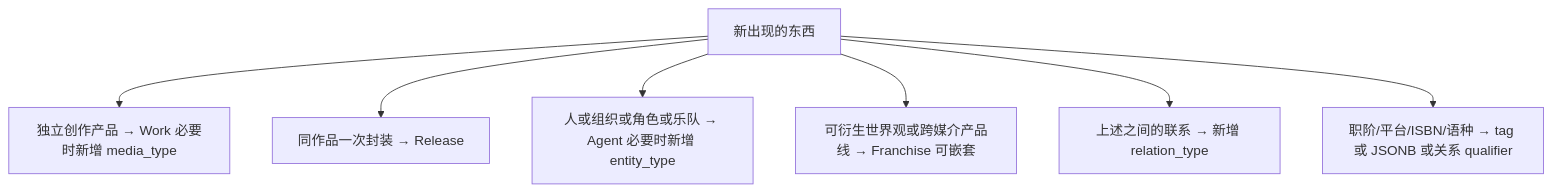
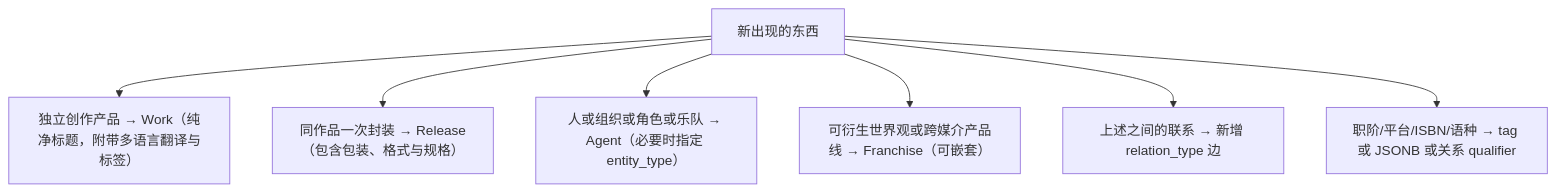
Before and after one commit to MoeclubM/MetaFusion: the diagram in docs-site/docs/frbr-model.md, drawn with Mermaid. The commit also changed other lines of this file and 15 other files, not shown here.

````diff
--- a/docs-site/docs/frbr-model.md
+++ b/docs-site/docs/frbr-model.md
@@ -100,10 +100,10 @@
 ```mermaid
 flowchart TD
   q1["新出现的东西"]
-  q1 --> workNode["独立创作产品 → Work 必要时新增 media_type"]
-  q1 --> releaseNode["同作品一次封装 → Release"]
-  q1 --> agentNode["人或组织或角色或乐队 → Agent 必要时新增 entity_type"]
-  q1 --> franchiseNode["可衍生世界观或跨媒介产品线 → Franchise 可嵌套"]
-  q1 --> relNode["上述之间的联系 → 新增 relation_type"]
+  q1 --> workNode["独立创作产品 → Work（纯净标题，附带多语言翻译与标签）"]
+  q1 --> releaseNode["同作品一次封装 → Release（包含包装、格式与规格）"]
+  q1 --> agentNode["人或组织或角色或乐队 → Agent（必要时指定 entity_type）"]
+  q1 --> franchiseNode["可衍生世界观或跨媒介产品线 → Franchise（可嵌套）"]
+  q1 --> relNode["上述之间的联系 → 新增 relation_type 边"]
   q1 --> attrNode["职阶/平台/ISBN/语种 → tag 或 JSONB 或关系 qualifier"]
 ```
````
